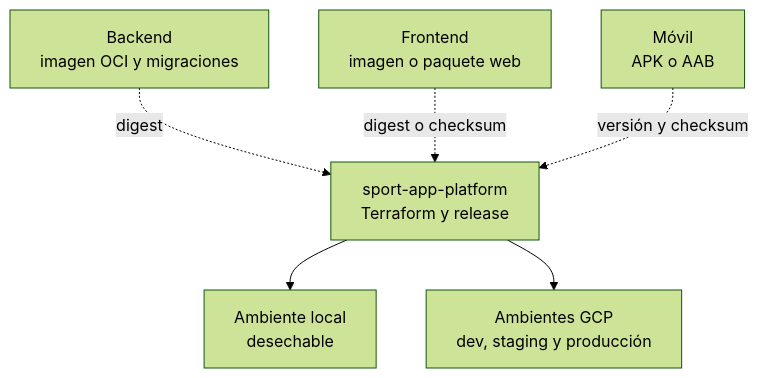
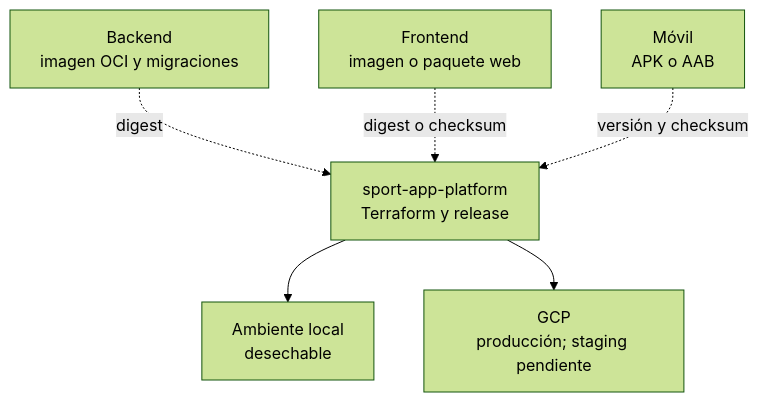
One commit to lfnavarroj1/sport-app-platform changed the first of 4 diagrams in docs/arquitectura-terraform.md. Above: the diagram before and after it, drawn with Mermaid (forest theme). The commit also changed other lines of this file and 41 other files, not shown here.

````diff
--- a/docs/arquitectura-terraform.md
+++ b/docs/arquitectura-terraform.md
@@ -56,15 +56,15 @@
 ```mermaid
 flowchart TB
     P["sport-app-platform<br/>Terraform y release"]
     B["Backend<br/>imagen OCI y migraciones"]
     W["Frontend<br/>imagen o paquete web"]
     M["Móvil<br/>APK o AAB"]
     L["Ambiente local<br/>desechable"]
-    G["Ambientes GCP<br/>dev, staging y producción"]
+    G["GCP<br/>producción; staging pendiente"]
 
     B -. digest .-> P
     W -. digest o checksum .-> P
     M -. versión y checksum .-> P
     P --> L
     P --> G
 ```
````
